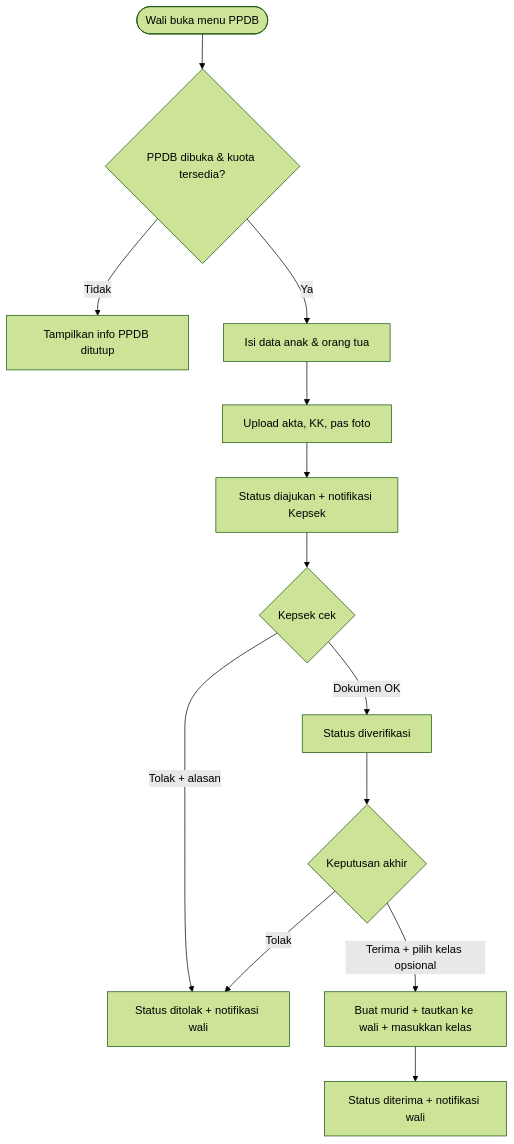
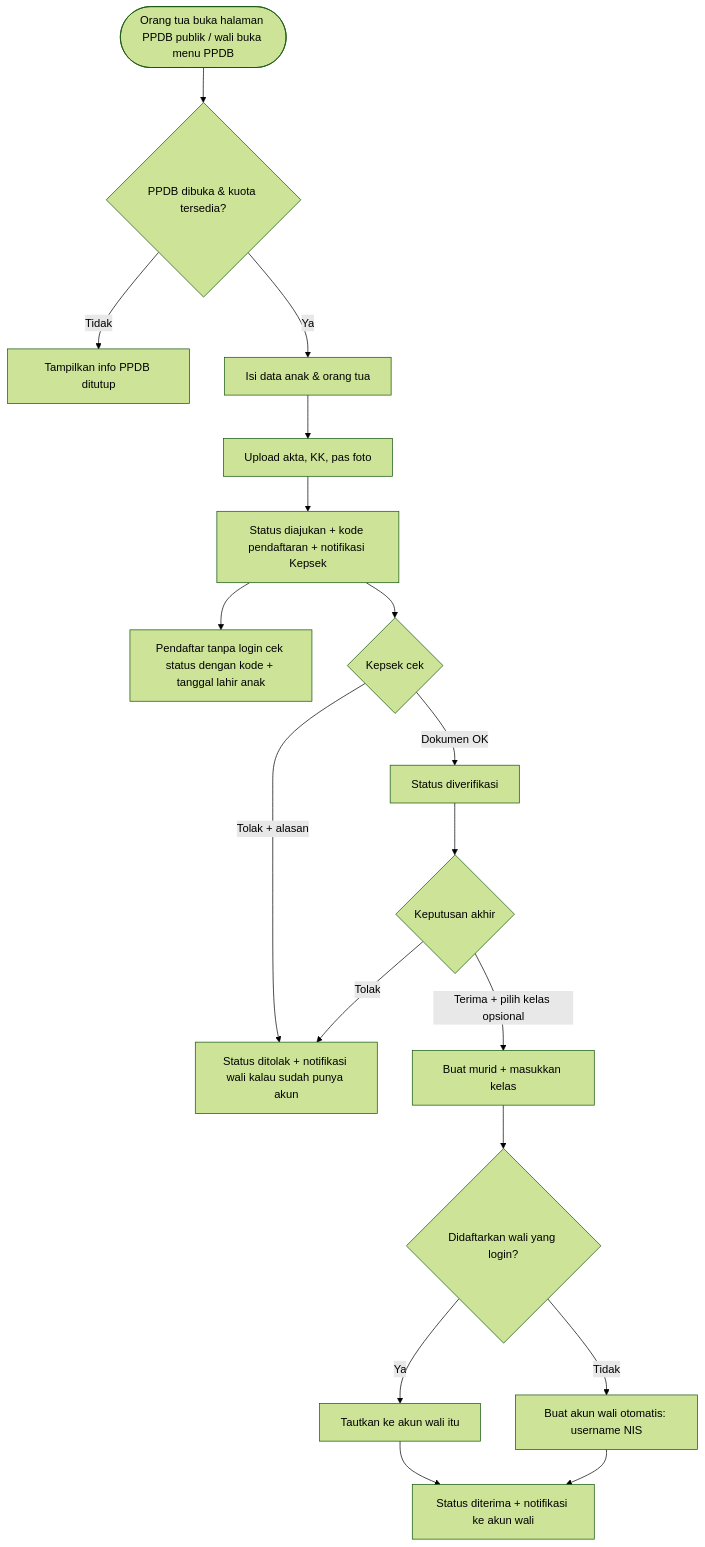
Before and after one commit to Keyanffz/TK_TA8_BE: the fifth of 5 diagrams in PROMPT_BE_TK.md, drawn with Mermaid (forest theme). The commit also changed other lines of this file and 3 other files, not shown here.

First line of the commit message:
docs: kontrak login wali NIS, dokumentasi, dan ekspor api.json

````diff
--- a/PROMPT_BE_TK.md
+++ b/PROMPT_BE_TK.md
@@ -361,15 +369,20 @@
 ```mermaid
 flowchart TD
-    A([Wali buka menu PPDB]) --> B{PPDB dibuka & kuota tersedia?}
+    A([Orang tua buka halaman PPDB publik / wali buka menu PPDB]) --> B{PPDB dibuka & kuota tersedia?}
     B -->|Tidak| C[Tampilkan info PPDB ditutup]
     B -->|Ya| D[Isi data anak & orang tua]
     D --> E[Upload akta, KK, pas foto]
-    E --> F[Status diajukan + notifikasi Kepsek]
+    E --> F[Status diajukan + kode pendaftaran + notifikasi Kepsek]
+    F --> F1[Pendaftar tanpa login cek status dengan kode + tanggal lahir anak]
     F --> G{Kepsek cek}
     G -->|Dokumen OK| H[Status diverifikasi]
-    G -->|Tolak + alasan| I[Status ditolak + notifikasi wali]
+    G -->|Tolak + alasan| I[Status ditolak + notifikasi wali kalau sudah punya akun]
     H --> J{Keputusan akhir}
-    J -->|Terima + pilih kelas opsional| K[Buat murid + tautkan ke wali + masukkan kelas]
-    K --> L[Status diterima + notifikasi wali]
+    J -->|Terima + pilih kelas opsional| K[Buat murid + masukkan kelas]
+    K --> K1{Didaftarkan wali yang login?}
+    K1 -->|Ya| K2[Tautkan ke akun wali itu]
+    K1 -->|Tidak| K3[Buat akun wali otomatis: username NIS]
+    K2 --> L[Status diterima + notifikasi ke akun wali]
+    K3 --> L
     J -->|Tolak| I
 ```
````
